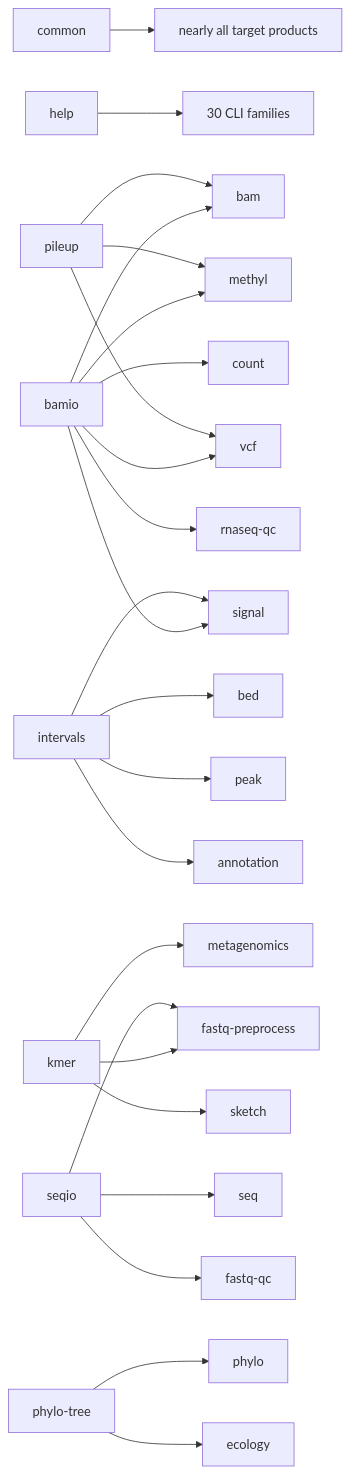
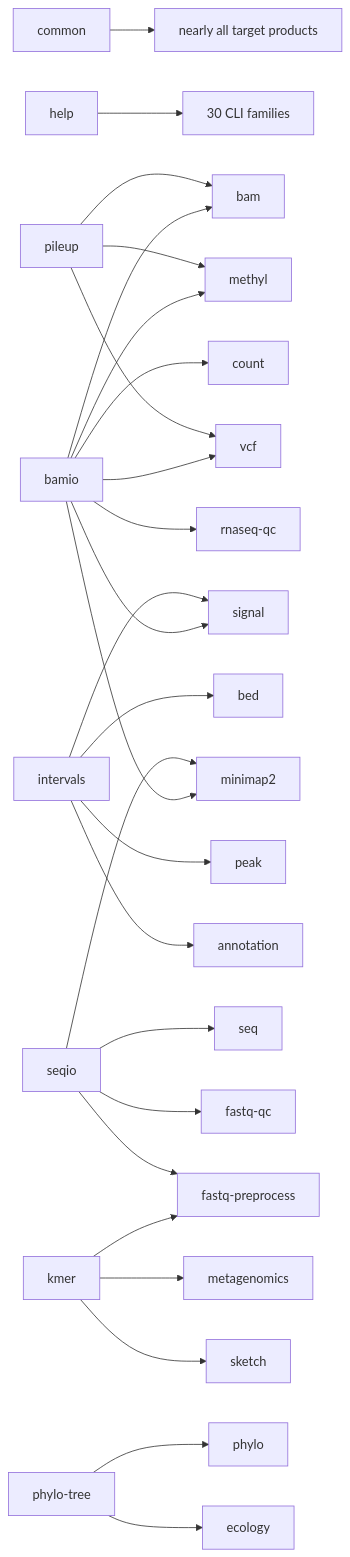
The diagram in docs/00-overview/portfolio-reconstruction.md (omics-rust/rsomics-world), drawn with Mermaid before and after one commit. The commit also changed other lines of this file and 5 other files, not shown here.

````diff
--- a/docs/00-overview/portfolio-reconstruction.md
+++ b/docs/00-overview/portfolio-reconstruction.md
@@ -188,26 +188,28 @@
 ```mermaid
 flowchart LR
     common["common"] --> products["nearly all target products"]
     help["help"] --> cli["30 CLI families"]
     bamio["bamio"] --> bam["bam"]
     bamio --> count["count"]
     bamio --> methyl["methyl"]
+    bamio --> minimap2["minimap2"]
     bamio --> signal["signal"]
     bamio --> rnaqc["rnaseq-qc"]
     bamio --> vcf["vcf"]
     intervals["intervals"] --> bed["bed"]
     intervals --> signal
     intervals --> peak["peak"]
     intervals --> annotation["annotation"]
     kmer["kmer"] --> fastq["fastq-preprocess"]
     kmer --> meta["metagenomics"]
     kmer --> sketch["sketch"]
     seqio["seqio"] --> seq["seq"]
     seqio --> fastq
     seqio --> fastqqc["fastq-qc"]
+    seqio --> minimap2
     tree["phylo-tree"] --> phylo["phylo"]
     tree --> ecology["ecology"]
     pileup["pileup"] --> bam
     pileup --> methyl
     pileup --> vcf
 ```
````
